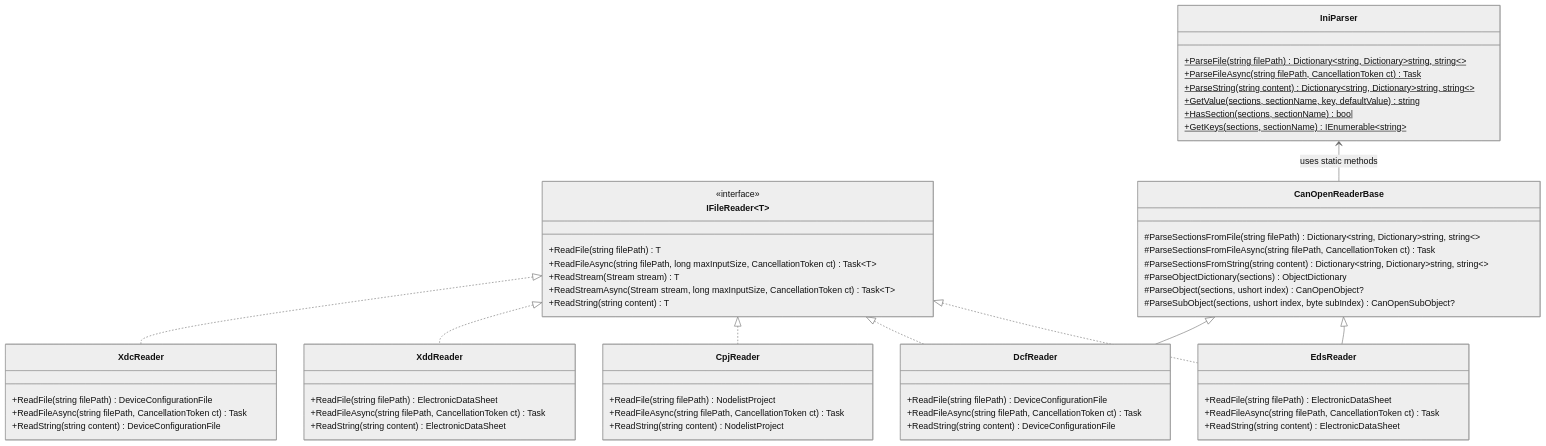
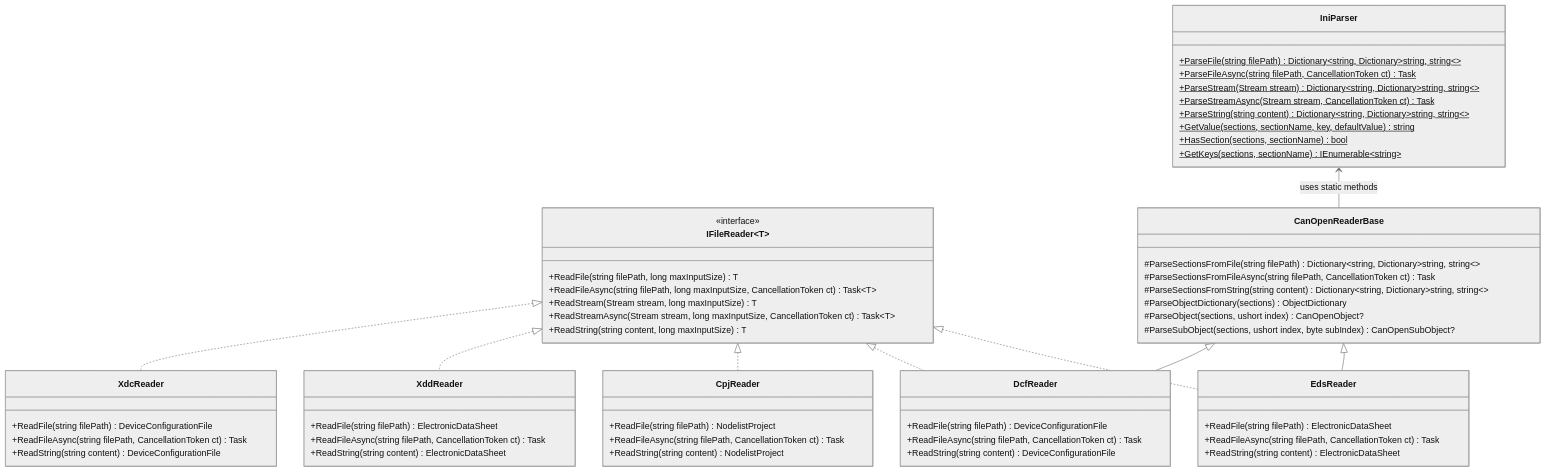
Before and after one commit to dborgards/eds-dcf-net: the second of 8 diagrams in docs/architecture/05-building-block-view.md, drawn with Mermaid (neutral theme). The commit also changed other lines of this file and 6 other files, not shown here.

````diff
--- a/docs/architecture/05-building-block-view.md
+++ b/docs/architecture/05-building-block-view.md
@@ -71,68 +71,70 @@
 ```mermaid
 classDiagram
     class IniParser {
         +ParseFile(string filePath) Dictionary~string, Dictionary~string, string~~$
         +ParseFileAsync(string filePath, CancellationToken ct) Task$
+        +ParseStream(Stream stream) Dictionary~string, Dictionary~string, string~~$
+        +ParseStreamAsync(Stream stream, CancellationToken ct) Task$
         +ParseString(string content) Dictionary~string, Dictionary~string, string~~$
         +GetValue(sections, sectionName, key, defaultValue) string$
         +HasSection(sections, sectionName) bool$
         +GetKeys(sections, sectionName) IEnumerable~string~$
     }
 
     class IFileReader~T~ {
         <<interface>>
-        +ReadFile(string filePath) T
+        +ReadFile(string filePath, long maxInputSize) T
         +ReadFileAsync(string filePath, long maxInputSize, CancellationToken ct) Task~T~
-        +ReadStream(Stream stream) T
+        +ReadStream(Stream stream, long maxInputSize) T
         +ReadStreamAsync(Stream stream, long maxInputSize, CancellationToken ct) Task~T~
-        +ReadString(string content) T
+        +ReadString(string content, long maxInputSize) T
     }
 
     class CanOpenReaderBase {
         #ParseSectionsFromFile(string filePath) Dictionary~string, Dictionary~string, string~~
         #ParseSectionsFromFileAsync(string filePath, CancellationToken ct) Task
         #ParseSectionsFromString(string content) Dictionary~string, Dictionary~string, string~~
         #ParseObjectDictionary(sections) ObjectDictionary
         #ParseObject(sections, ushort index) CanOpenObject?
         #ParseSubObject(sections, ushort index, byte subIndex) CanOpenSubObject?
     }
 
     class EdsReader {
         +ReadFile(string filePath) ElectronicDataSheet
         +ReadFileAsync(string filePath, CancellationToken ct) Task
         +ReadString(string content) ElectronicDataSheet
     }
 
     class DcfReader {
         +ReadFile(string filePath) DeviceConfigurationFile
         +ReadFileAsync(string filePath, CancellationToken ct) Task
         +ReadString(string content) DeviceConfigurationFile
     }
 
     class CpjReader {
         +ReadFile(string filePath) NodelistProject
         +ReadFileAsync(string filePath, CancellationToken ct) Task
         +ReadString(string content) NodelistProject
     }
 
     class XddReader {
         +ReadFile(string filePath) ElectronicDataSheet
         +ReadFileAsync(string filePath, CancellationToken ct) Task
         +ReadString(string content) ElectronicDataSheet
     }
 
     class XdcReader {
         +ReadFile(string filePath) DeviceConfigurationFile
         +ReadFileAsync(string filePath, CancellationToken ct) Task
         +ReadString(string content) DeviceConfigurationFile
     }
 
     IniParser <-- CanOpenReaderBase : uses static methods
     IFileReader~ElectronicDataSheet~ <|.. EdsReader
     IFileReader~DeviceConfigurationFile~ <|.. DcfReader
     IFileReader~NodelistProject~ <|.. CpjReader
     IFileReader~ElectronicDataSheet~ <|.. XddReader
     IFileReader~DeviceConfigurationFile~ <|.. XdcReader
     CanOpenReaderBase <|-- EdsReader
     CanOpenReaderBase <|-- DcfReader
 ```
````
